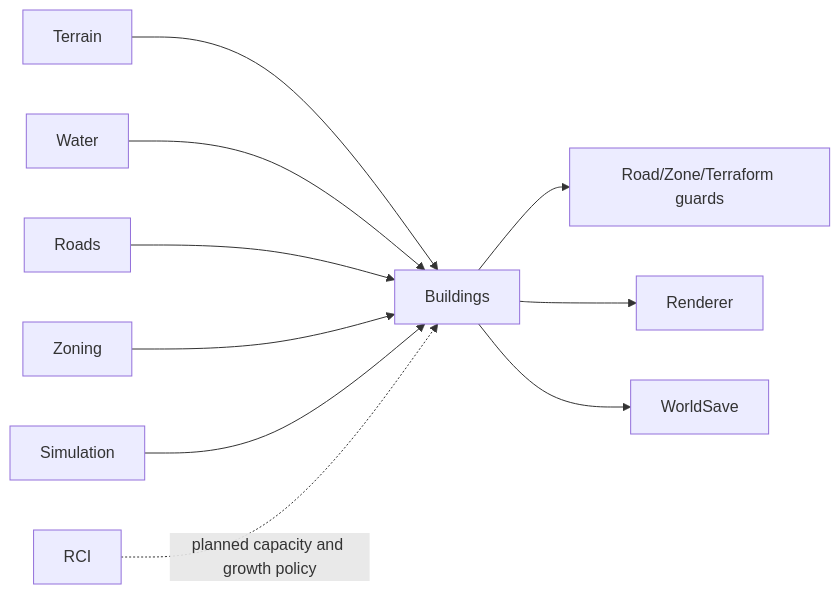
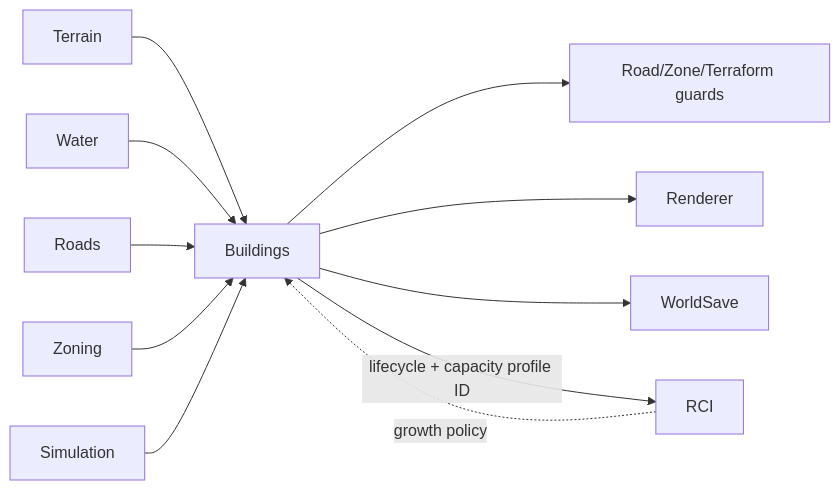
One commit to petechatchawan/web-three-city changed the diagram in docs/systems/buildings/README.md. Above: the diagram before and after it, drawn with Mermaid. The commit also changed other lines of this file, not shown here.

Commit message:
docs(buildings): document capacity profile boundary

````diff
--- a/docs/systems/buildings/README.md
+++ b/docs/systems/buildings/README.md
@@ -55,12 +66,13 @@
 ```mermaid
 flowchart LR
   Terrain --> Buildings
   Water --> Buildings
   Roads --> Buildings
   Zoning --> Buildings
   Simulation --> Buildings
   Buildings --> OccupancyGuards[Road/Zone/Terraform guards]
   Buildings --> Renderer
   Buildings --> WorldSave
-  RCI -. planned capacity and growth policy .-> Buildings
+  Buildings -->|lifecycle + capacity profile ID| RCI
+  RCI -. growth policy .-> Buildings
 ```
````
